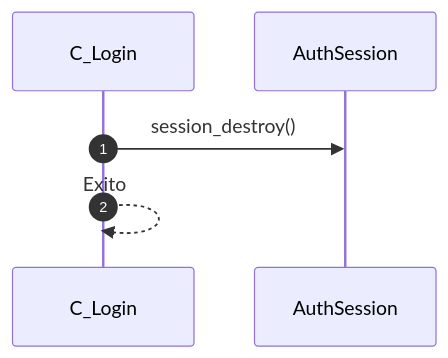
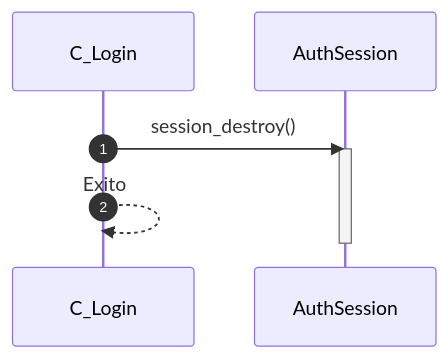
The sixth of 6 diagrams in docs/secuencia/usuarios/usuarios.md (Tecrato/BurgerHouse), drawn with Mermaid before and after one commit. The commit also changed other lines of this file and 16 other files, not shown here.

First line of the commit message:
Annotate mermaid sequences & throttle generator

````diff
--- a/docs/secuencia/usuarios/usuarios.md
+++ b/docs/secuencia/usuarios/usuarios.md
@@ -217,10 +316,12 @@
 ```mermaid
 sequenceDiagram
     autonumber
     participant C_Login as C_Login
     participant AuthSession as AuthSession
     
     C_Login->>AuthSession: session_destroy()
+    activate AuthSession
     
     C_Login-->>C_Login: Exito
+    deactivate AuthSession
 ```
````
